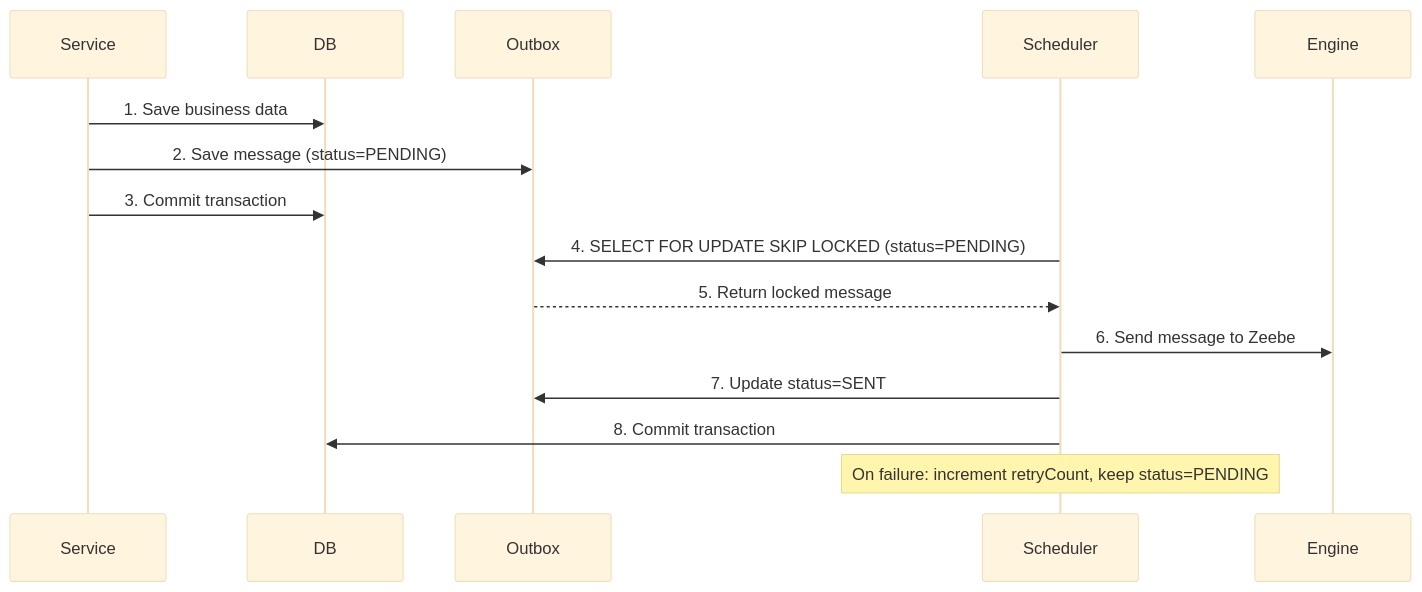
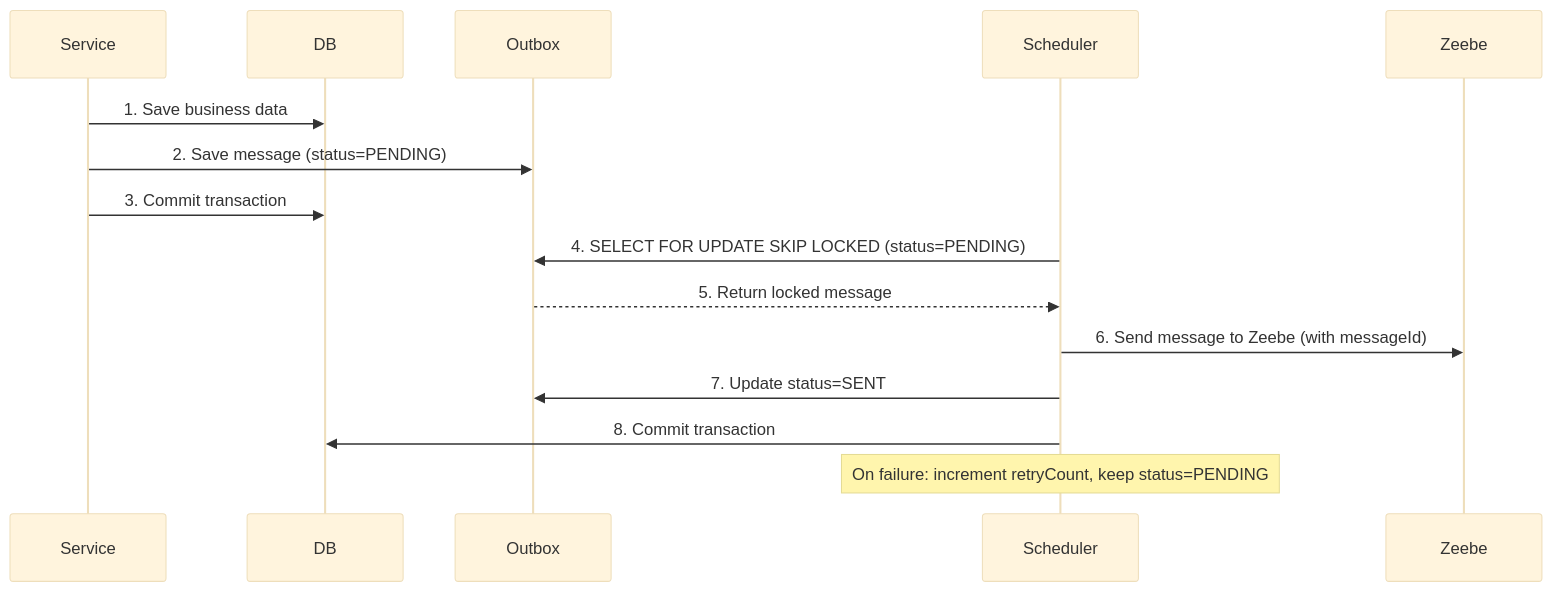
The diagram in examples/outbox-pattern/README.md (emaarco/distributed-horcruxes), drawn with Mermaid (base theme) before and after one commit. The commit also changed other lines of this file and 3 other files, not shown here.

````diff
--- a/examples/outbox-pattern/README.md
+++ b/examples/outbox-pattern/README.md
@@ -223,17 +212,17 @@
 ```mermaid
 sequenceDiagram
     participant Service
     participant DB
     participant Outbox
     participant Scheduler
-    participant Engine
+    participant Zeebe
     Service ->> DB: 1. Save business data
     Service ->> Outbox: 2. Save message (status=PENDING)
     Service ->> DB: 3. Commit transaction
     Scheduler ->> Outbox: 4. SELECT FOR UPDATE SKIP LOCKED (status=PENDING)
     Outbox -->> Scheduler: 5. Return locked message
-    Scheduler ->> Engine: 6. Send message to Zeebe
+    Scheduler ->> Zeebe: 6. Send message to Zeebe (with messageId)
     Scheduler ->> Outbox: 7. Update status=SENT
     Scheduler ->> DB: 8. Commit transaction
     Note over Scheduler: On failure: increment retryCount, keep status=PENDING
 ```
````
